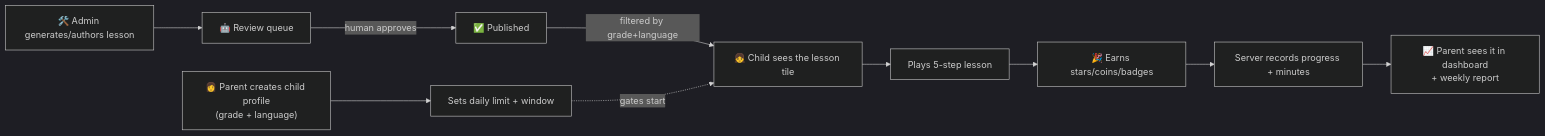
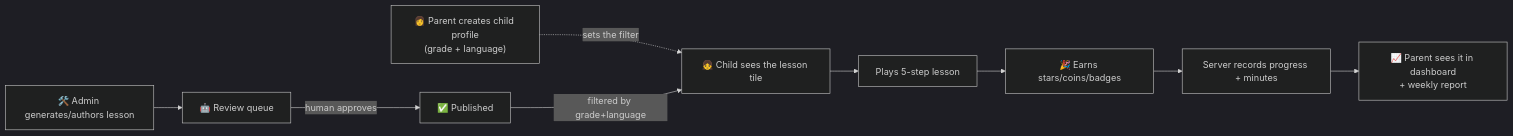
Diagram 26 of 26 in document/user-journey-manual.md (salmanbd100/kidlearn), drawn with Mermaid (dark theme) before and after one commit. The commit also changed other lines of this file and 106 other files, not shown here.

````diff
--- a/document/user-journey-manual.md
+++ b/document/user-journey-manual.md
@@ -704,12 +667,11 @@
 ```mermaid
 flowchart LR
     A1["🛠️ Admin generates/authors lesson"] --> A2["🤖 Review queue"]
     A2 -->|human approves| A3["✅ Published"]
-    P1["👩 Parent creates child profile<br/>(grade + language)"] --> P2["Sets daily limit + window"]
+    P1["👩 Parent creates child profile<br/>(grade + language)"] -.sets the filter.-> C1
     A3 -->|filtered by grade+language| C1["👧 Child sees the lesson tile"]
-    P2 -.gates start.-> C1
     C1 --> C2["Plays 5-step lesson"]
     C2 --> C3["🎉 Earns stars/coins/badges"]
     C3 --> S1["Server records progress + minutes"]
     S1 --> R1["📈 Parent sees it in dashboard<br/>+ weekly report"]
 ```
````
